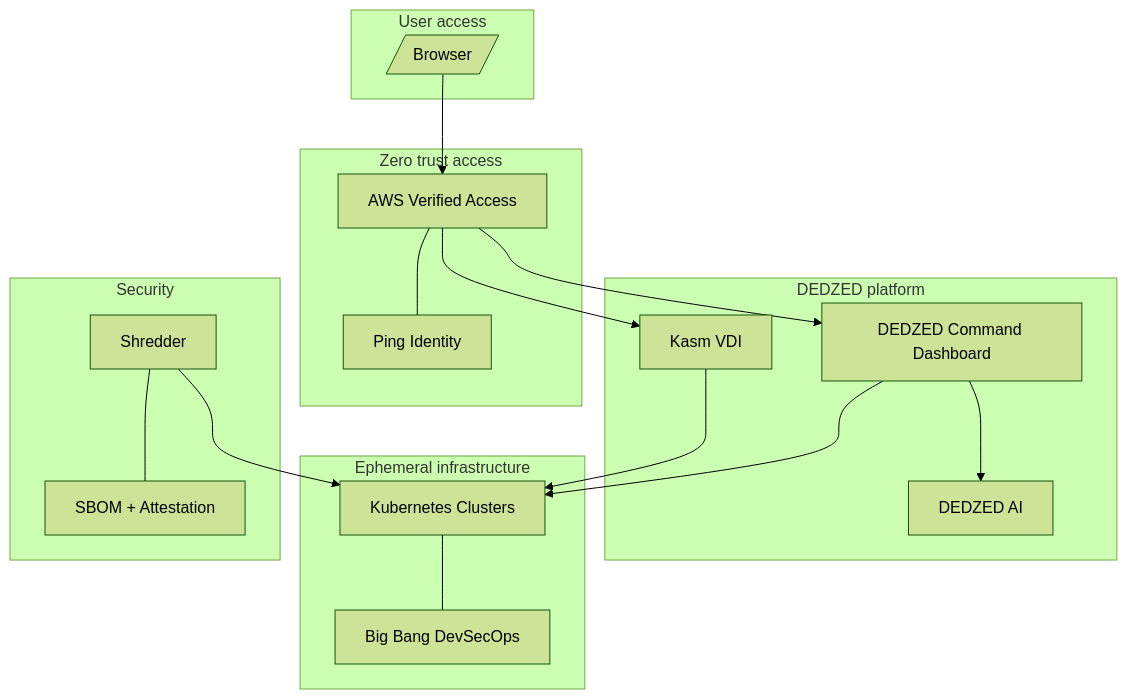
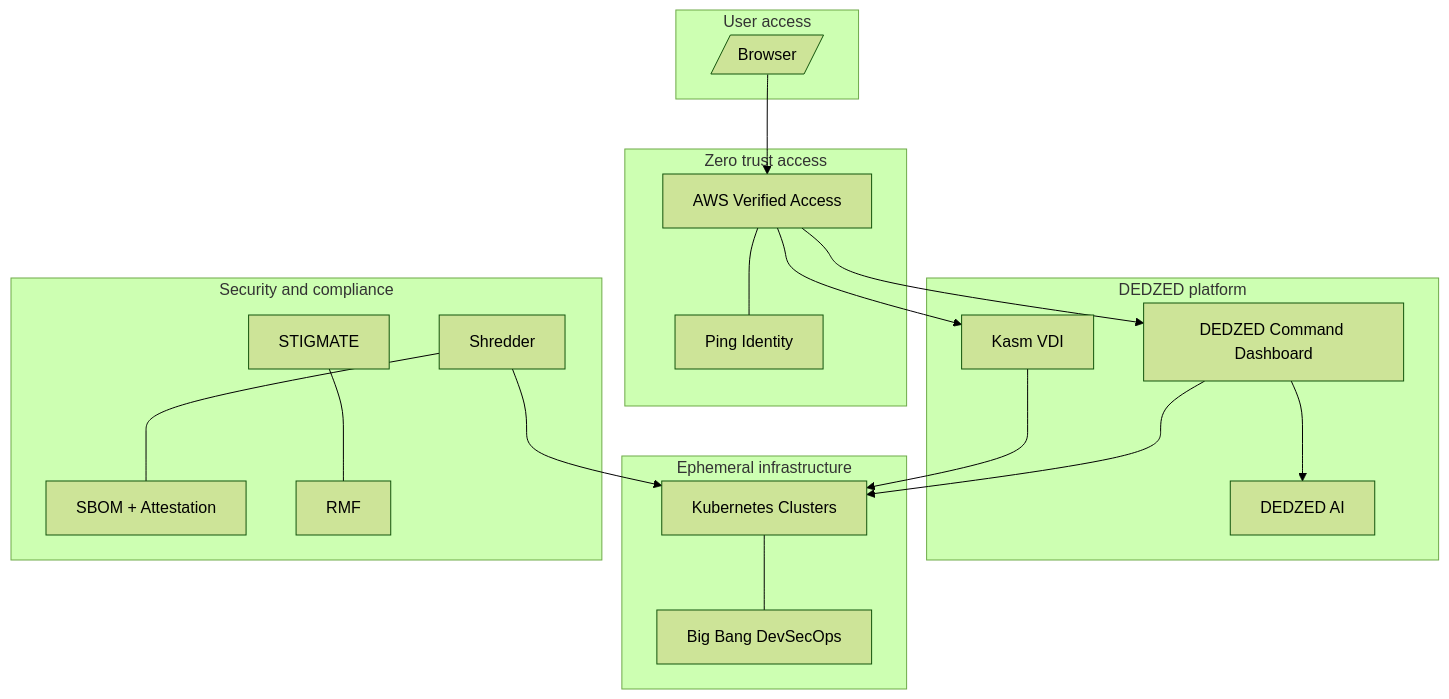
One commit to shebashio/docs changed the diagram in knowledge-base/what-is-dedzed.mdx. Above: the diagram before and after it, drawn with Mermaid (forest theme). The commit also changed other lines of this file and 27 other files, not shown here.

First line of the commit message:
feat(docs): add STIGMATE, RMF, and Operator State Lock documentation

````diff
--- a/knowledge-base/what-is-dedzed.mdx
+++ b/knowledge-base/what-is-dedzed.mdx
@@ -15,38 +15,41 @@
 ```mermaid
 flowchart TB
     subgraph User["User access"]
         Browser[/"Browser"/]
     end
 
     subgraph Access["Zero trust access"]
         AVA["AWS Verified Access"]
         PI["Ping Identity"]
         AVA --- PI
     end
 
     subgraph Platform["DEDZED platform"]
         CMD["DEDZED Command Dashboard"]
         KASM["Kasm VDI"]
         AI["DEDZED AI"]
     end
 
     subgraph Infra["Ephemeral infrastructure"]
         K8S["Kubernetes Clusters"]
         BB["Big Bang DevSecOps"]
         K8S --- BB
     end
 
-    subgraph Security["Security"]
+    subgraph Security["Security and compliance"]
         SHRED["Shredder"]
         SBOM["SBOM + Attestation"]
+        STIG["STIGMATE"]
+        RMF["RMF"]
         SHRED --- SBOM
+        STIG --- RMF
     end
 
     Browser --> AVA
     AVA --> CMD
     AVA --> KASM
     CMD --> K8S
     CMD --> AI
     KASM --> K8S
     SHRED --> K8S
 ```
````
